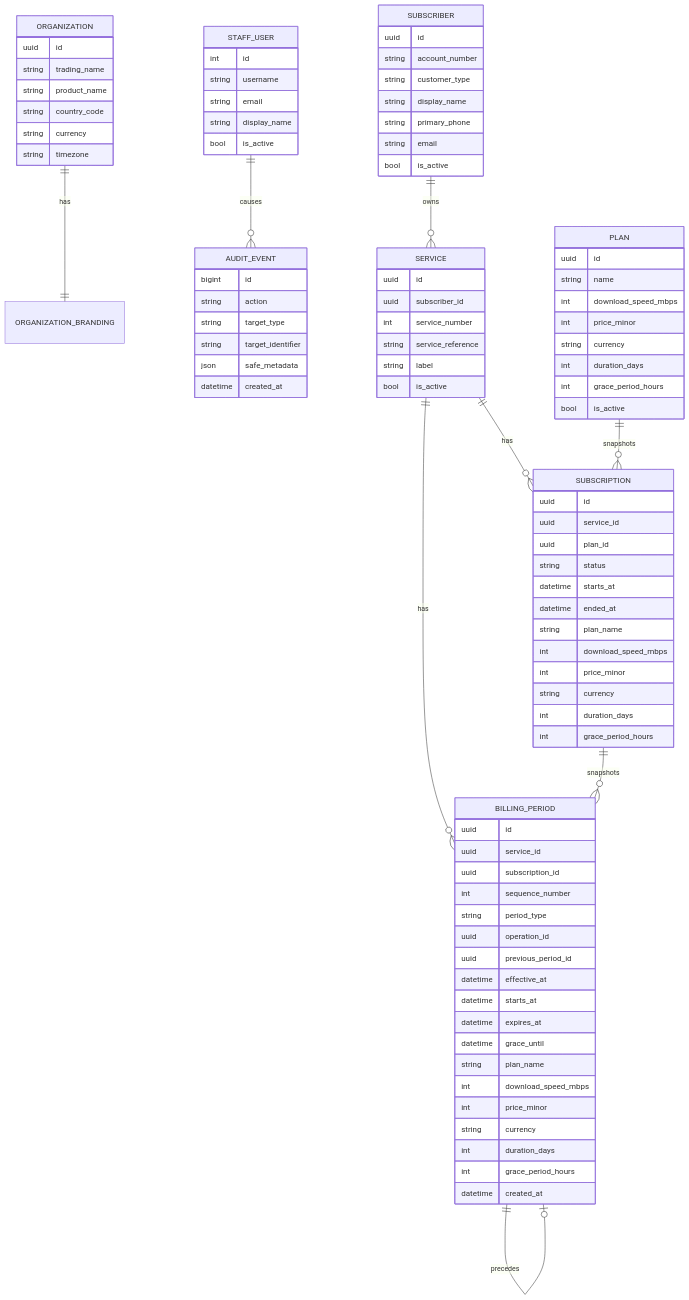
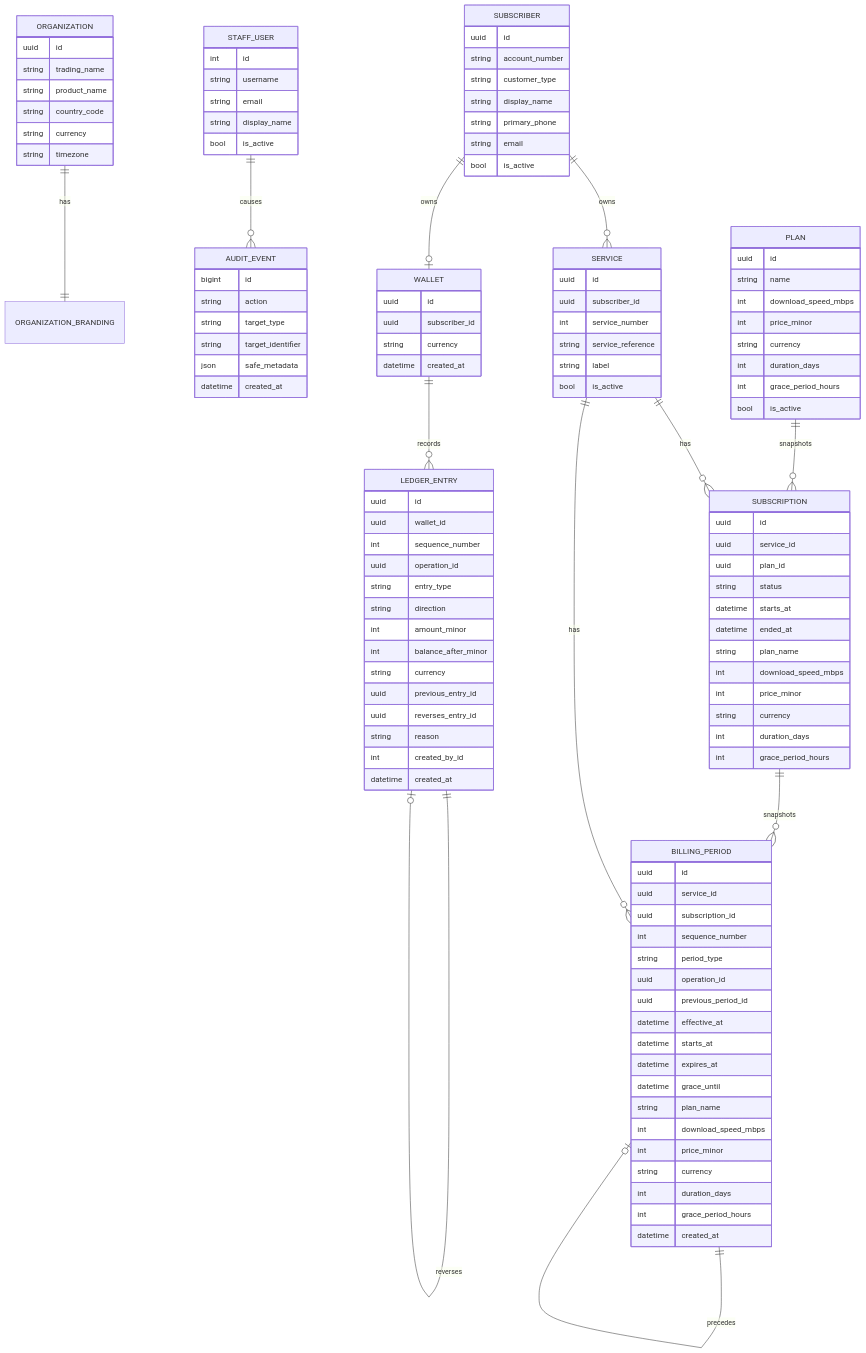
The first of 2 diagrams in docs/architecture/erd.md (wangari327/supersurf-billing-phase0), drawn with Mermaid before and after one commit. The commit also changed other lines of this file and 22 other files, not shown here.

Commit message:
Add Phase 6 wallet ledger

````diff
--- a/docs/architecture/erd.md
+++ b/docs/architecture/erd.md
@@ -9,11 +9,15 @@
     ORGANIZATION ||--|| ORGANIZATION_BRANDING : has
     STAFF_USER ||--o{ AUDIT_EVENT : causes
     SUBSCRIBER ||--o{ SERVICE : owns
+    SUBSCRIBER ||--o| WALLET : owns
     SERVICE ||--o{ SUBSCRIPTION : has
     SERVICE ||--o{ BILLING_PERIOD : has
     PLAN ||--o{ SUBSCRIPTION : snapshots
     SUBSCRIPTION ||--o{ BILLING_PERIOD : snapshots
     BILLING_PERIOD ||--o| BILLING_PERIOD : precedes
+    WALLET ||--o{ LEDGER_ENTRY : records
+    LEDGER_ENTRY ||--o| LEDGER_ENTRY : precedes
+    LEDGER_ENTRY ||--o| LEDGER_ENTRY : reverses
 
     ORGANIZATION {
         uuid id
@@ -99,4 +103,26 @@
         int grace_period_hours
         datetime created_at
     }
+    WALLET {
+        uuid id
+        uuid subscriber_id
+        string currency
+        datetime created_at
+    }
+    LEDGER_ENTRY {
+        uuid id
+        uuid wallet_id
+        int sequence_number
+        uuid operation_id
+        string entry_type
+        string direction
+        int amount_minor
+        int balance_after_minor
+        string currency
+        uuid previous_entry_id
+        uuid reverses_entry_id
+        string reason
+        int created_by_id
+        datetime created_at
+    }
 ```
````
